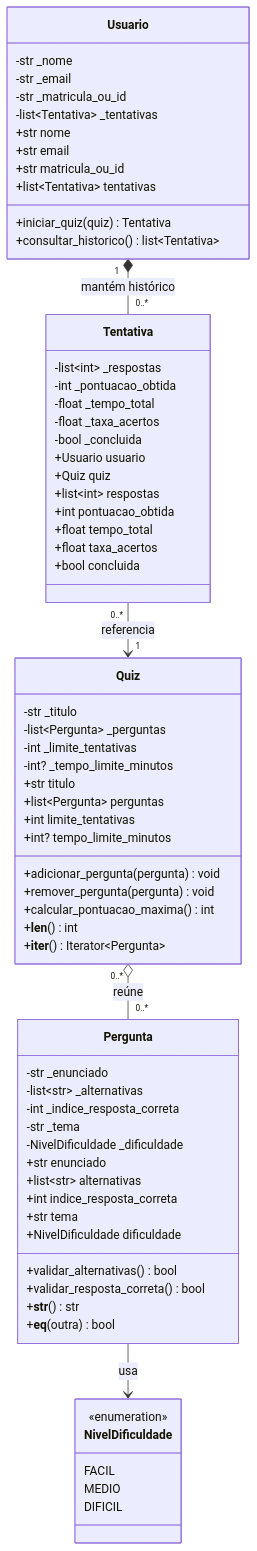
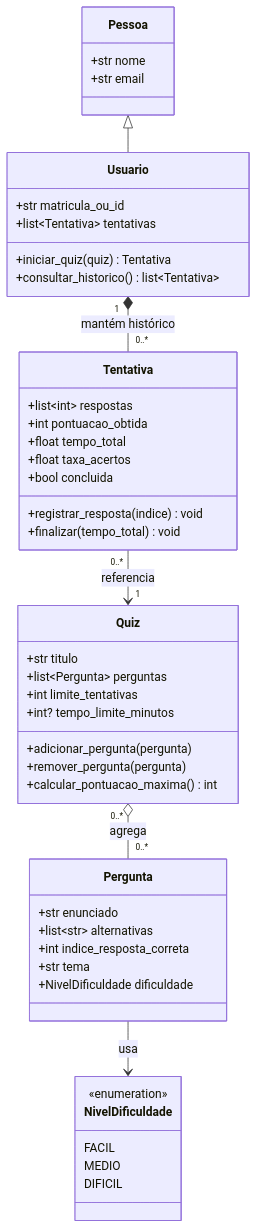
The diagram in docs/uml.md (felipesouj/sistema-quiz-educacional), drawn with Mermaid before and after one commit. The commit also changed other lines of this file and 8 other files, not shown here.

````diff
--- a/docs/uml.md
+++ b/docs/uml.md
@@ -33,75 +18,50 @@
 ```mermaid
 classDiagram
-    class Usuario {
-        -str _nome
-        -str _email
-        -str _matricula_ou_id
-        -list~Tentativa~ _tentativas
+    class Pessoa {
         +str nome
         +str email
+    }
+    class Usuario {
         +str matricula_ou_id
         +list~Tentativa~ tentativas
         +iniciar_quiz(quiz) Tentativa
         +consultar_historico() list~Tentativa~
     }
-
     class Quiz {
-        -str _titulo
-        -list~Pergunta~ _perguntas
-        -int _limite_tentativas
-        -int? _tempo_limite_minutos
         +str titulo
         +list~Pergunta~ perguntas
         +int limite_tentativas
         +int? tempo_limite_minutos
-        +adicionar_pergunta(pergunta) void
-        +remover_pergunta(pergunta) void
+        +adicionar_pergunta(pergunta)
+        +remover_pergunta(pergunta)
         +calcular_pontuacao_maxima() int
-        +__len__() int
-        +__iter__() Iterator~Pergunta~
     }
-
     class Pergunta {
-        -str _enunciado
-        -list~str~ _alternativas
-        -int _indice_resposta_correta
-        -str _tema
-        -NivelDificuldade _dificuldade
         +str enunciado
         +list~str~ alternativas
         +int indice_resposta_correta
         +str tema
         +NivelDificuldade dificuldade
-        +validar_alternativas() bool
-        +validar_resposta_correta() bool
-        +__str__() str
-        +__eq__(outra) bool
     }
-
     class Tentativa {
-        -list~int~ _respostas
-        -int _pontuacao_obtida
-        -float _tempo_total
-        -float _taxa_acertos
-        -bool _concluida
-        +Usuario usuario
-        +Quiz quiz
         +list~int~ respostas
         +int pontuacao_obtida
         +float tempo_total
         +float taxa_acertos
         +bool concluida
+        +registrar_resposta(indice) void
+        +finalizar(tempo_total) void
     }
-
     class NivelDificuldade {
         <<enumeration>>
         FACIL
         MEDIO
         DIFICIL
     }
 
-    Quiz "0..*" o-- "0..*" Pergunta : reúne
+    Pessoa <|-- Usuario
+    Quiz "0..*" o-- "0..*" Pergunta : agrega
     Usuario "1" *-- "0..*" Tentativa : mantém histórico
     Tentativa "0..*" --> "1" Quiz : referencia
     Pergunta --> NivelDificuldade : usa
 ```
````
